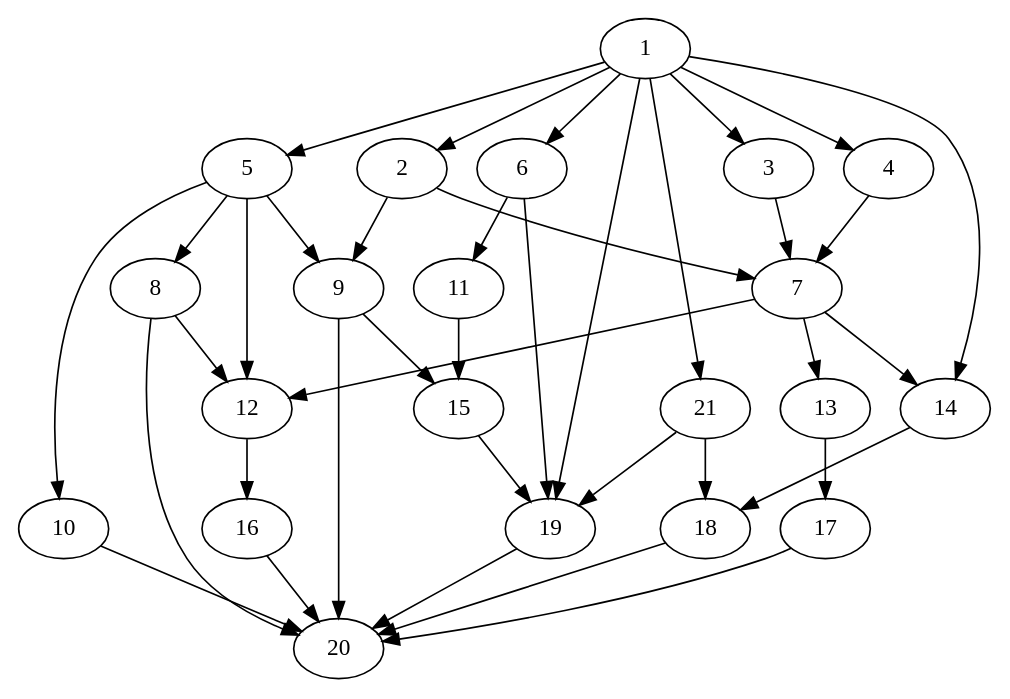
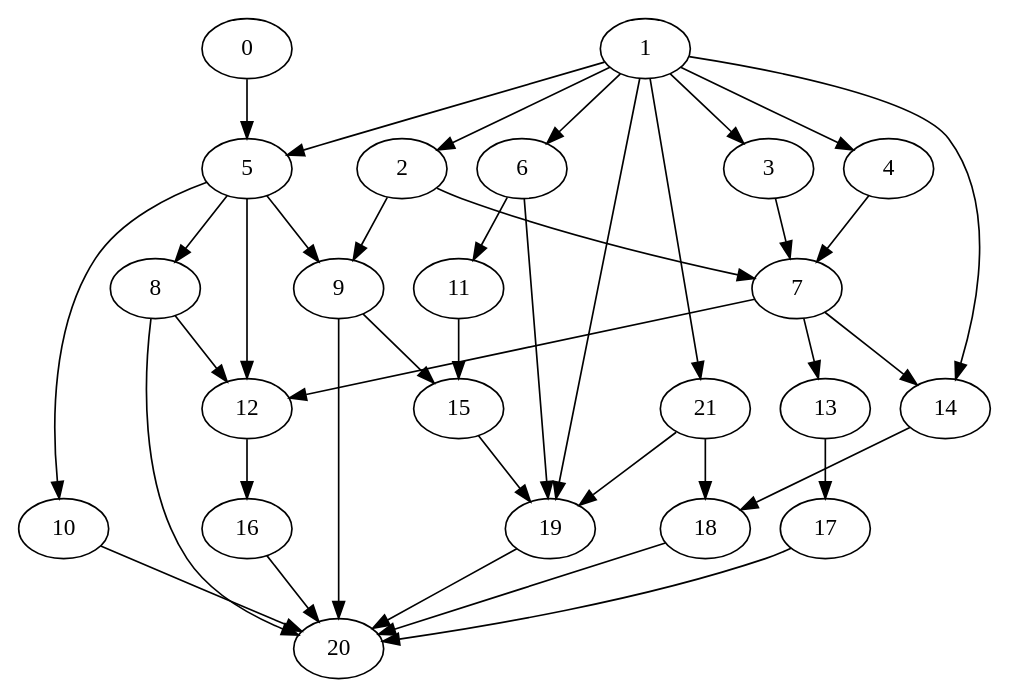
The diagram in data/1.dot (kmandelbaum/yagvis), drawn with Graphviz before and after one commit. The commit also changed 1 other file, not shown here.

```diff
--- a/data/1.dot
+++ b/data/1.dot
@@ -1,39 +1,40 @@
 digraph graph2 {
     5 -> 12
     21 -> 19
     6 -> 19
     8 -> 12
     1 -> 21
     1 -> 2
     1 -> 3
     1 -> 4
     1 -> 5
     1 -> 6
     1 -> 19
     2 -> 7
     3 -> 7
     4 -> 7
     7 -> 12
     7 -> 13
     7 -> 14
     12 -> 16
     13 -> 17
     14 -> 18
     16 -> 20
     17 -> 20
     18 -> 20
     5 -> 9
     5 -> 10 
     5 -> 8
     8 -> 20
     9 -> 20
     10 -> 20
     6 -> 11
     11 -> 15
     15 -> 19
     19 -> 20
     1 -> 14
     9 -> 15
     21 -> 18
     2 -> 9
+    0 -> 5
 }
```
